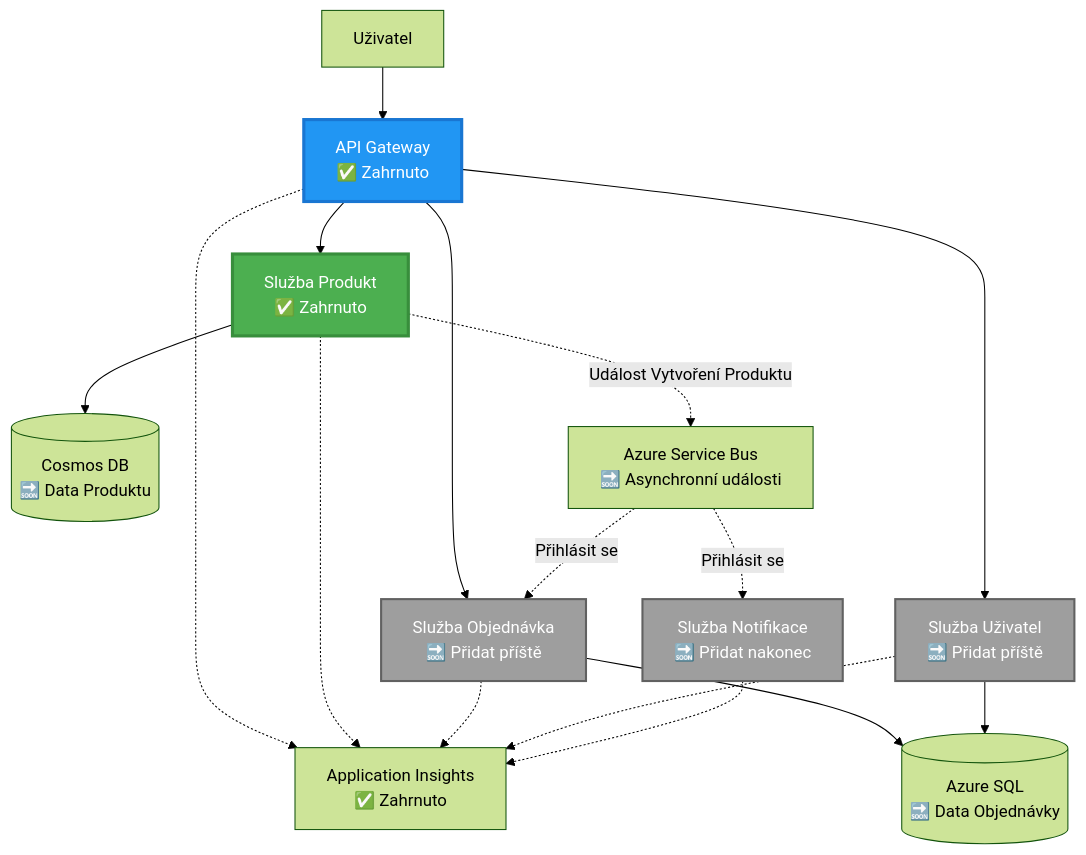
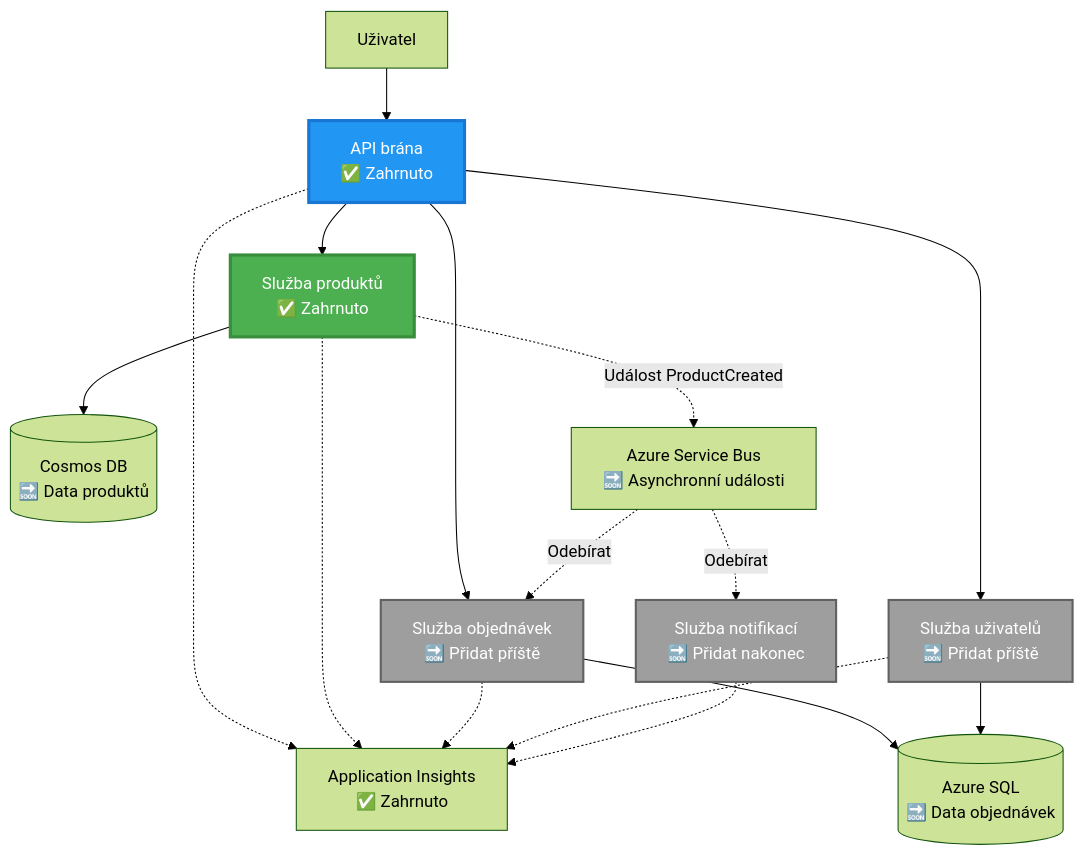
The second of 4 diagrams in translations/cs/examples/microservices/README.md (microsoft/AZD-for-beginners), drawn with Mermaid (forest theme) before and after one commit. The commit also changed other lines of this file and 243 other files, not shown here.

````diff
--- a/translations/cs/examples/microservices/README.md
+++ b/translations/cs/examples/microservices/README.md
@@ -78,39 +69,39 @@
 ```mermaid
 graph TB
     User[Uživatel]
-    Gateway[API Gateway<br/>✅ Zahrnuto]
-    Product[Služba Produkt<br/>✅ Zahrnuto]
-    Order[Služba Objednávka<br/>🔜 Přidat příště]
-    UserSvc[Služba Uživatel<br/>🔜 Přidat příště]
-    Notify[Služba Notifikace<br/>🔜 Přidat nakonec]
+    Gateway[API brána<br/>✅ Zahrnuto]
+    Product[Služba produktů<br/>✅ Zahrnuto]
+    Order[Služba objednávek<br/>🔜 Přidat příště]
+    UserSvc[Služba uživatelů<br/>🔜 Přidat příště]
+    Notify[Služba notifikací<br/>🔜 Přidat nakonec]
     
-    CosmosDB[(Cosmos DB<br/>🔜 Data Produktu)]
-    AzureSQL[(Azure SQL<br/>🔜 Data Objednávky)]
+    CosmosDB[(Cosmos DB<br/>🔜 Data produktů)]
+    AzureSQL[(Azure SQL<br/>🔜 Data objednávek)]
     ServiceBus[Azure Service Bus<br/>🔜 Asynchronní události]
     AppInsights[Application Insights<br/>✅ Zahrnuto]
     
     User --> Gateway
     Gateway --> Product
     Gateway --> Order
     Gateway --> UserSvc
     
     Product --> CosmosDB
     Order --> AzureSQL
     UserSvc --> AzureSQL
     
-    Product -.->|Událost Vytvoření Produktu| ServiceBus
-    ServiceBus -.->|Přihlásit se| Notify
-    ServiceBus -.->|Přihlásit se| Order
+    Product -.->|Událost ProductCreated| ServiceBus
+    ServiceBus -.->|Odebírat| Notify
+    ServiceBus -.->|Odebírat| Order
     
     Gateway -.-> AppInsights
     Product -.-> AppInsights
     Order -.-> AppInsights
     UserSvc -.-> AppInsights
     Notify -.-> AppInsights
     
     style Product fill:#4CAF50,stroke:#388E3C,stroke-width:3px,color:#fff
     style Gateway fill:#2196F3,stroke:#1976D2,stroke-width:3px,color:#fff
     style Order fill:#9E9E9E,stroke:#616161,stroke-width:2px,color:#fff
     style UserSvc fill:#9E9E9E,stroke:#616161,stroke-width:2px,color:#fff
     style Notify fill:#9E9E9E,stroke:#616161,stroke-width:2px,color:#fff
 ```
````
